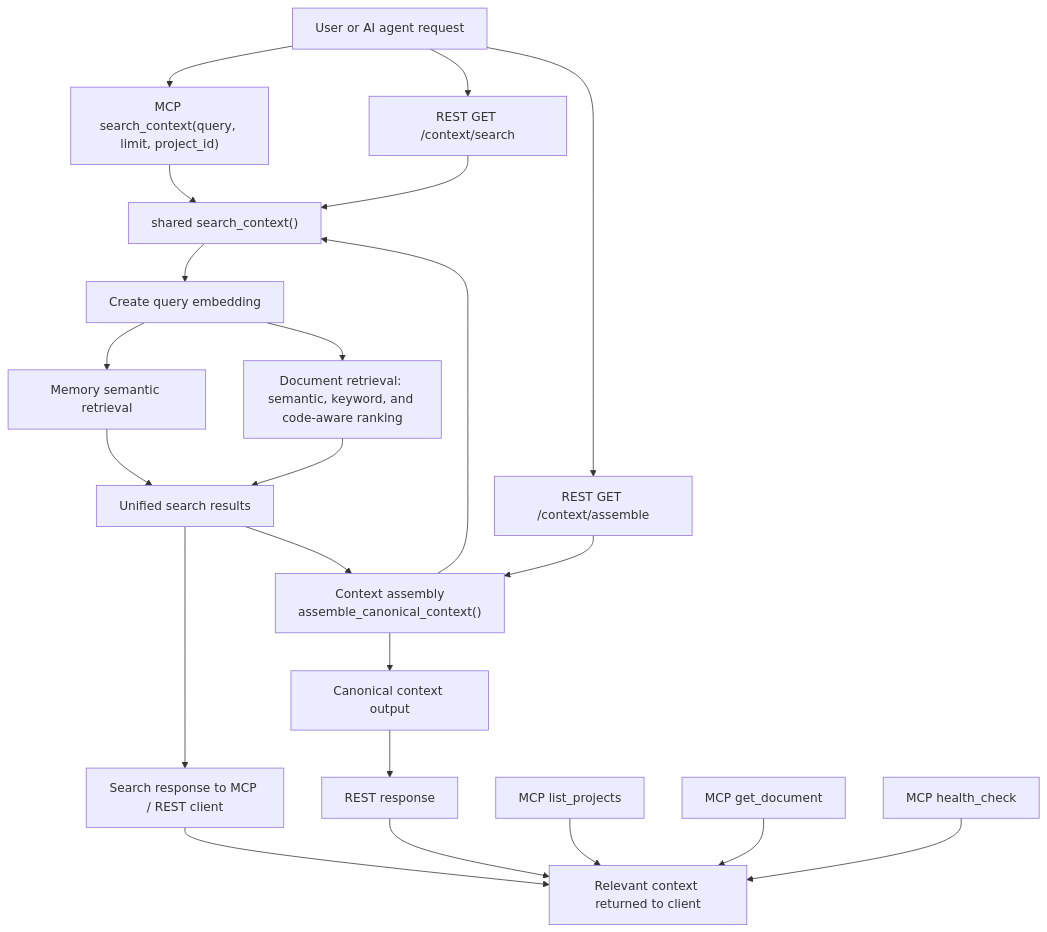
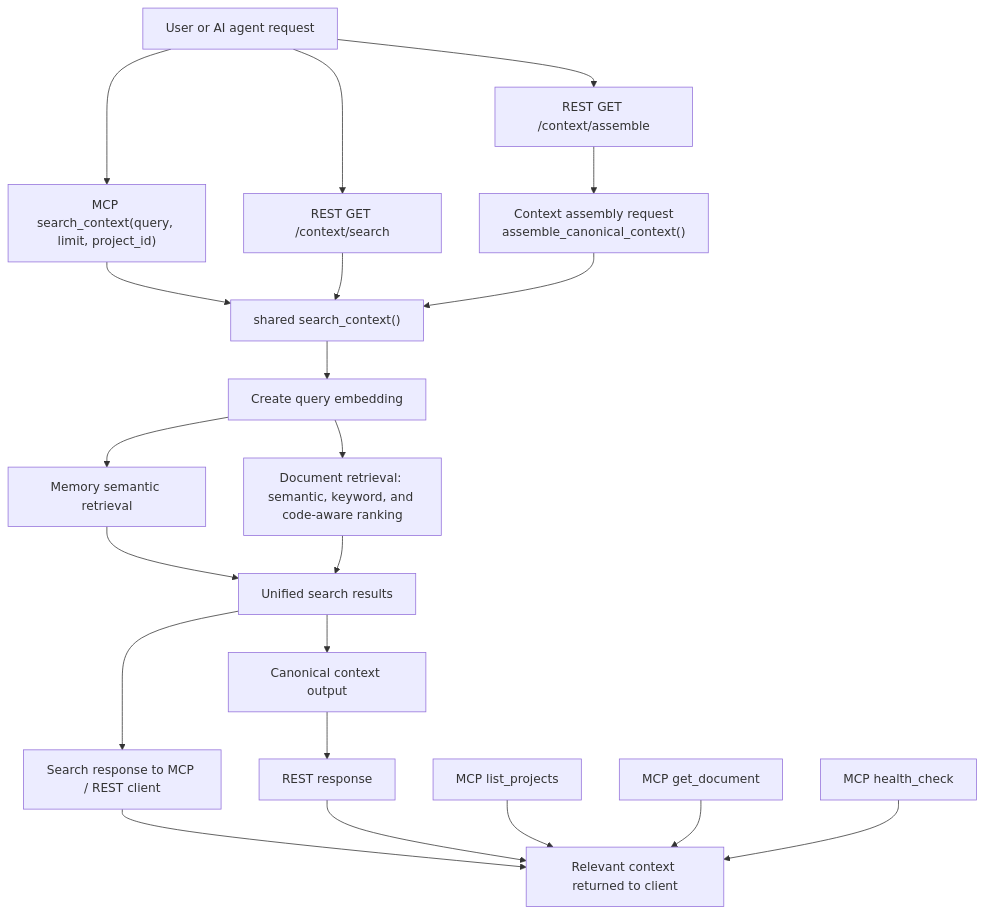
The second of 3 diagrams in docs/architecture.md (CHUNGJINWOO/ai-hub), drawn with Mermaid before and after one commit.

Commit message:
docs: fix architecture retrieval flow diagram

````diff
--- a/docs/architecture.md
+++ b/docs/architecture.md
@@ -95,42 +95,41 @@
 ```mermaid
 flowchart TD
     REQUEST["User or AI agent request"]
     MCP_SEARCH["MCP search_context(query, limit, project_id)"]
     REST_SEARCH["REST GET /context/search"]
     REST_ASSEMBLE["REST GET /context/assemble"]
-    ASSEMBLY["Context assembly\nassemble_canonical_context()"]
+    ASSEMBLY_REQUEST["Context assembly request\nassemble_canonical_context()"]
     UNIFIED["shared search_context()"]
     EMBEDDING["Create query embedding"]
     MEMORY["Memory semantic retrieval"]
     DOCUMENT["Document retrieval: semantic, keyword, and code-aware ranking"]
     RESULTS["Unified search results"]
-    CANONICAL["Canonical context output"]
+    CANONICAL_OUTPUT["Canonical context output"]
     RESPONSE["REST response"]
     SEARCH_RESPONSE["Search response to MCP / REST client"]
     CONSUMER["Relevant context returned to client"]
     PROJECT_TOOL["MCP list_projects"]
     DOCUMENT_TOOL["MCP get_document"]
     HEALTH["MCP health_check"]
 
     REQUEST --> MCP_SEARCH
     REQUEST --> REST_SEARCH
     REQUEST --> REST_ASSEMBLE
     MCP_SEARCH --> UNIFIED
     REST_SEARCH --> UNIFIED
-    REST_ASSEMBLE --> ASSEMBLY
-    ASSEMBLY --> UNIFIED
+    REST_ASSEMBLE --> ASSEMBLY_REQUEST
+    ASSEMBLY_REQUEST --> UNIFIED
     UNIFIED --> EMBEDDING
     EMBEDDING --> MEMORY
     EMBEDDING --> DOCUMENT
     MEMORY --> RESULTS
     DOCUMENT --> RESULTS
     RESULTS --> SEARCH_RESPONSE
     SEARCH_RESPONSE --> CONSUMER
-    RESULTS --> ASSEMBLY
-    ASSEMBLY --> CANONICAL
-    CANONICAL --> RESPONSE
+    RESULTS --> CANONICAL_OUTPUT
+    CANONICAL_OUTPUT --> RESPONSE
     RESPONSE --> CONSUMER
     PROJECT_TOOL --> CONSUMER
     DOCUMENT_TOOL --> CONSUMER
     HEALTH --> CONSUMER
 ```
````
